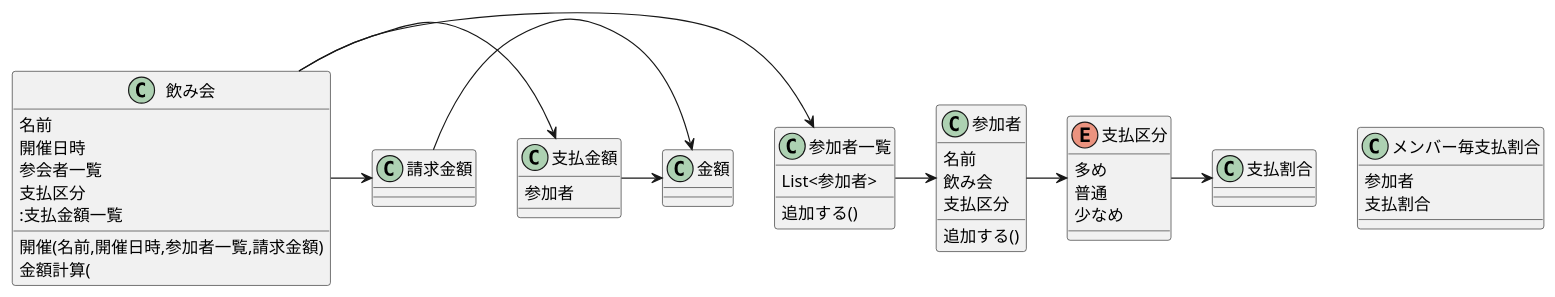
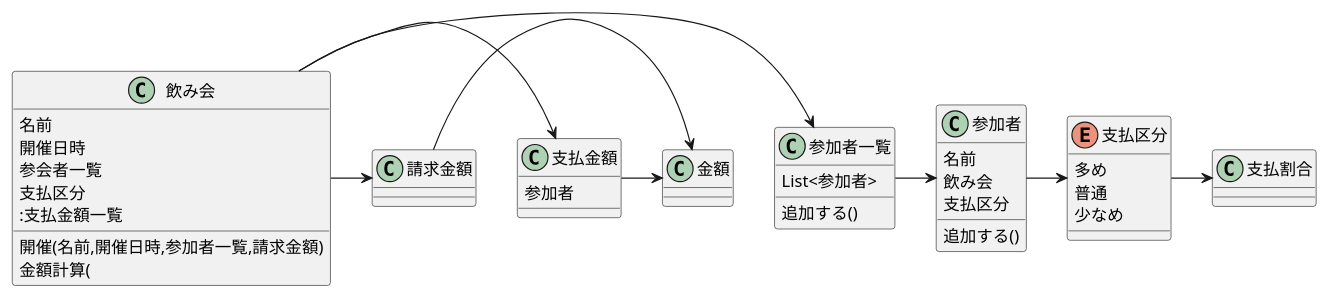
One commit to muractice/wari changed the diagram in etc/warikan.puml. Above: the diagram before and after it, drawn with PlantUML. The commit also changed 1 other file, not shown here.

```diff
--- a/etc/warikan.puml
+++ b/etc/warikan.puml
@@ -1,78 +1,80 @@
 @startuml
 
 /'
 class 幹事{
 }
 '/
 
 class 飲み会 {
 名前
 開催日時
 参会者一覧
 支払区分
 '幹事
 開催(名前,開催日時,参加者一覧,請求金額)
 '参加者追加()
 金額計算(
 :支払金額一覧
 }
 
 
 class 参加者{
 名前
 飲み会
 支払区分
 追加する()
 }
 
 class 参加者一覧{
 List<参加者>
 追加する()
 }
 
 
 enum 支払区分{
 多め
 普通
 少なめ
 }
 
 class 支払割合{
 }
 
 class 請求金額{
 }
 
 class 支払金額{
 参加者
 }
 
+/'
 class メンバー毎支払割合{
 参加者
 支払割合
 }
+'/
 
 /'
 class 支払金額一覧{
 }
 '/
 
 class 金額{
 }
 
 
 
 '飲み会 -> 幹事
 飲み会 -> 参加者一覧
 参加者一覧 -> 参加者
 参加者 -> 支払区分
 '飲み会 -> 支払区分
 飲み会 -> 支払金額
 支払区分 -> 支払割合
 飲み会 -> 請求金額
 '支払金額一覧 -> 支払金額
 '支払金額 -> 参加者一覧
 支払金額 -> 金額
 請求金額 -> 金額
 
 @enduml
```
